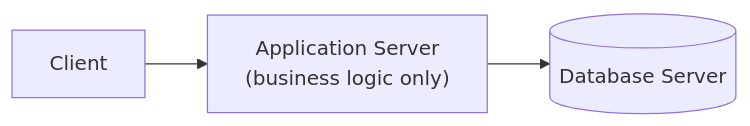
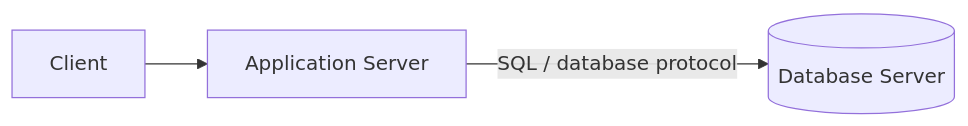
The third of 18 diagrams in 07_scaling_application_from_one_to_million_users/README.md (HARRISAMIN432/system-design-hld), drawn with Mermaid before and after one commit. The commit also changed other lines of this file and 11 other files, not shown here.

````diff
--- a/07_scaling_application_from_one_to_million_users/README.md
+++ b/07_scaling_application_from_one_to_million_users/README.md
@@ -92,5 +305,5 @@
 ```mermaid
 flowchart LR
-    Client["Client"] --> App["Application Server<br/>(business logic only)"]
-    App --> DB[("Database Server")]
+    C["Client"] --> A["Application Server"]
+    A -->|"SQL / database protocol"| D[("Database Server")]
 ```
````
